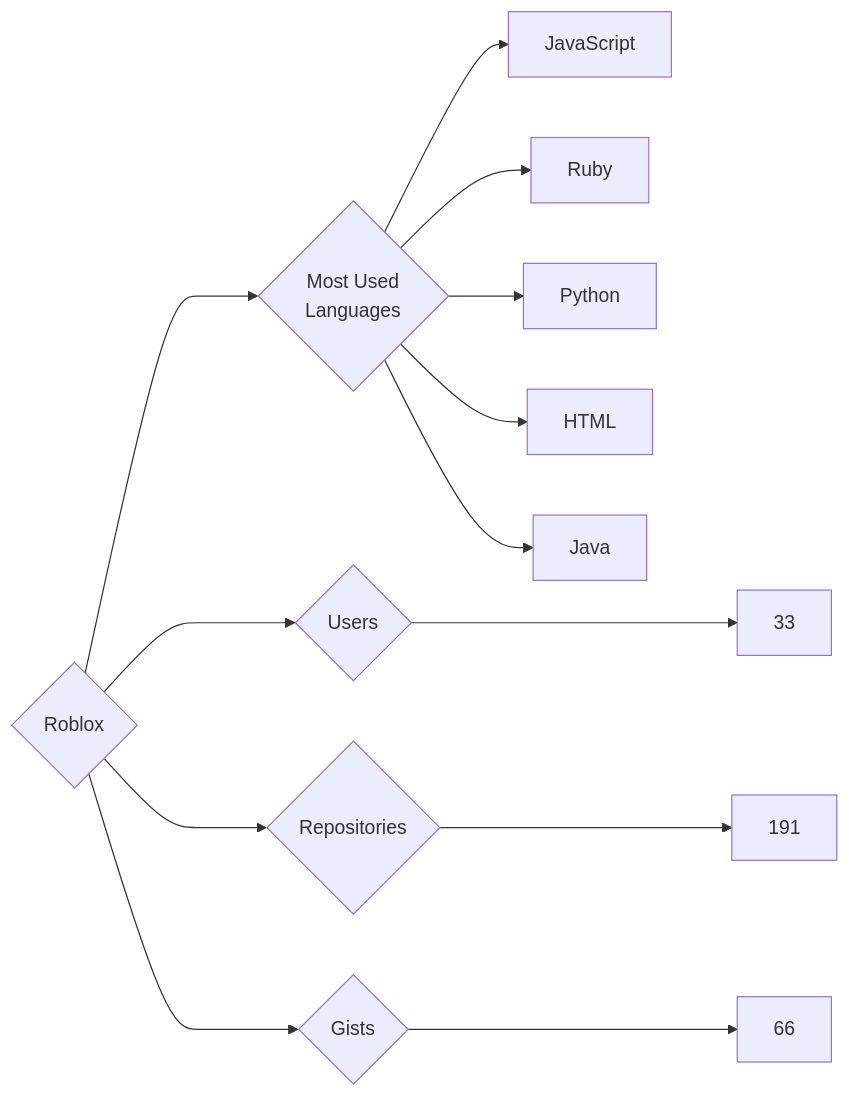
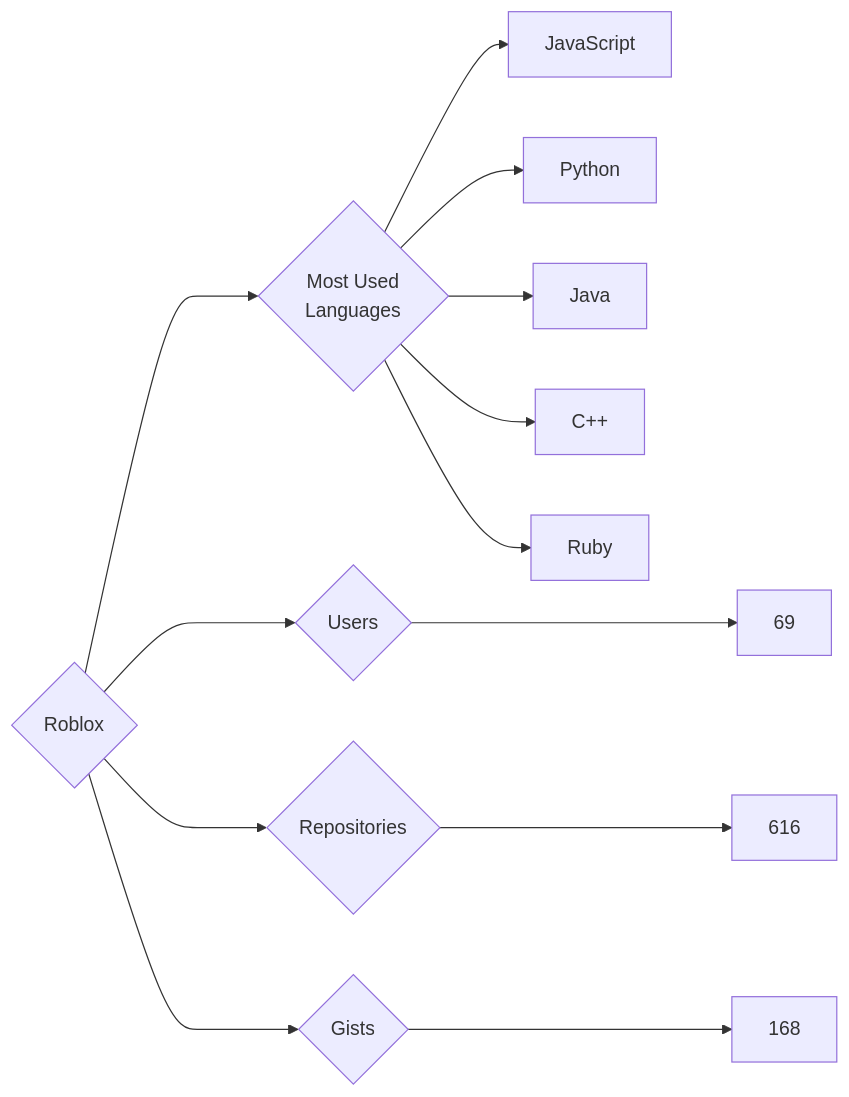
The diagram in targets/Roblox/README.md (trickest/insiders), drawn with Mermaid before and after one commit. The commit also changed 796 other files, not shown here.

````diff
--- a/targets/Roblox/README.md
+++ b/targets/Roblox/README.md
@@ -3,13 +3,13 @@
 ```mermaid
 graph LR
 COMPANY_NAME{Roblox}
-COMPANY_NAME ---> U{Users} ---> UN[33]
-COMPANY_NAME ---> R{Repositories} ---> RN[191]
-COMPANY_NAME ---> G{Gists} ---> GN[66]
+COMPANY_NAME ---> U{Users} ---> UN[69]
+COMPANY_NAME ---> R{Repositories} ---> RN[616]
+COMPANY_NAME ---> G{Gists} ---> GN[168]
 COMPANY_NAME ---> ML{Most Used<br>Languages}
 ML --> JavaScript[JavaScript]
+ML --> Python[Python]
+ML --> Java[Java]
+ML --> C++[C++]
 ML --> Ruby[Ruby]
-ML --> Python[Python]
-ML --> HTML[HTML]
-ML --> Java[Java]
 ```
````
